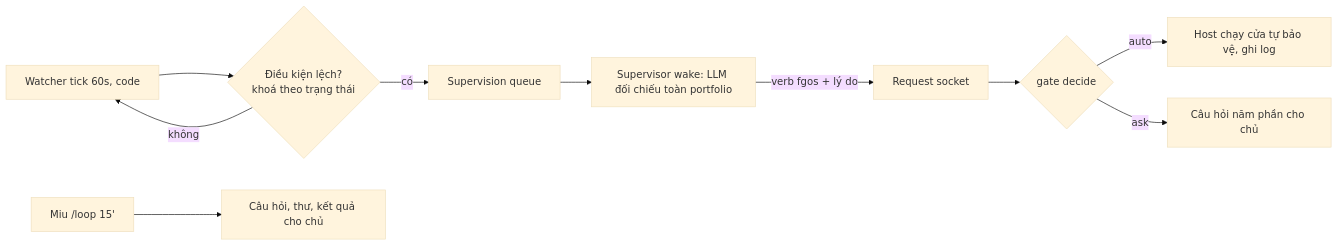
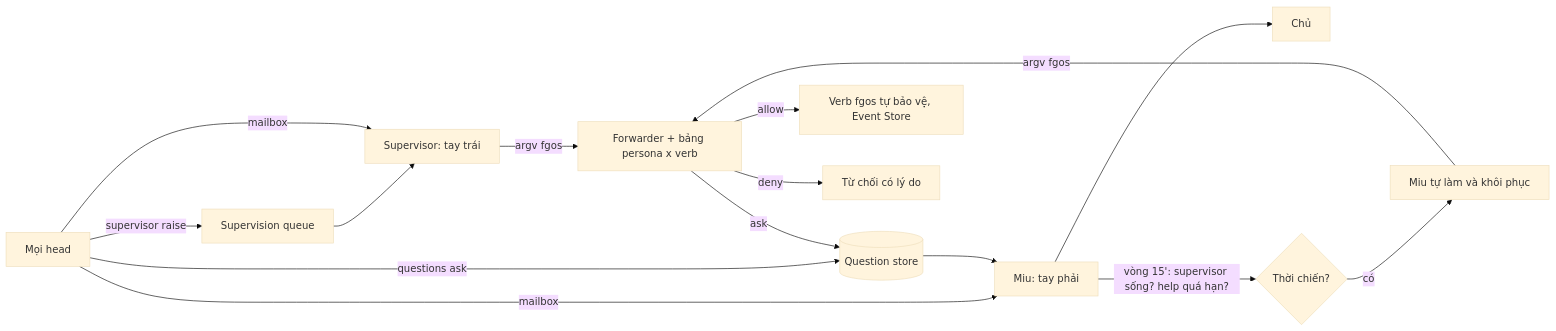
The diagram in plans/discussions/privileged-chores-research/DISCUSSION.md (vantt/forgent), drawn with Mermaid (base theme) before and after one commit. The commit also changed other lines of this file, not shown here.

````diff
--- a/plans/discussions/privileged-chores-research/DISCUSSION.md
+++ b/plans/discussions/privileged-chores-research/DISCUSSION.md
@@ -299,11 +343,14 @@
 ```mermaid
 flowchart LR
-  T[Watcher tick 60s, code] --> D{Điều kiện lệch?<br/>khoá theo trạng thái}
-  D -- không --> T
-  D -- có --> Q[Supervision queue] --> W[Supervisor wake: LLM đối chiếu toàn portfolio]
-  W -- "verb fgos + lý do" --> S[Request socket]
-  S --> G{gate decide}
-  G -- auto --> X[Host chạy cửa tự bảo vệ, ghi log]
-  G -- ask --> O[Câu hỏi năm phần cho chủ]
-  M[Miu /loop 15'] --> MQ[Câu hỏi, thư, kết quả cho chủ]
+  H[Mọi head] -- "supervisor raise" --> Q[Supervision queue] --> S[Supervisor: tay trái]
+  H -- mailbox --> S
+  H -- mailbox --> M
+  H -- "questions ask" --> QS[(Question store)] --> M[Miu: tay phải] --> O[Chủ]
+  M -- "vòng 15': supervisor sống? help quá hạn?" --> R{Thời chiến?}
+  R -- có --> MW[Miu tự làm và khôi phục]
+  S -- argv fgos --> F[Forwarder + bảng persona x verb]
+  MW -- argv fgos --> F
+  F -- allow --> X[Verb fgos tự bảo vệ, Event Store]
+  F -- ask --> QS
+  F -- deny --> N[Từ chối có lý do]
 ```
````
